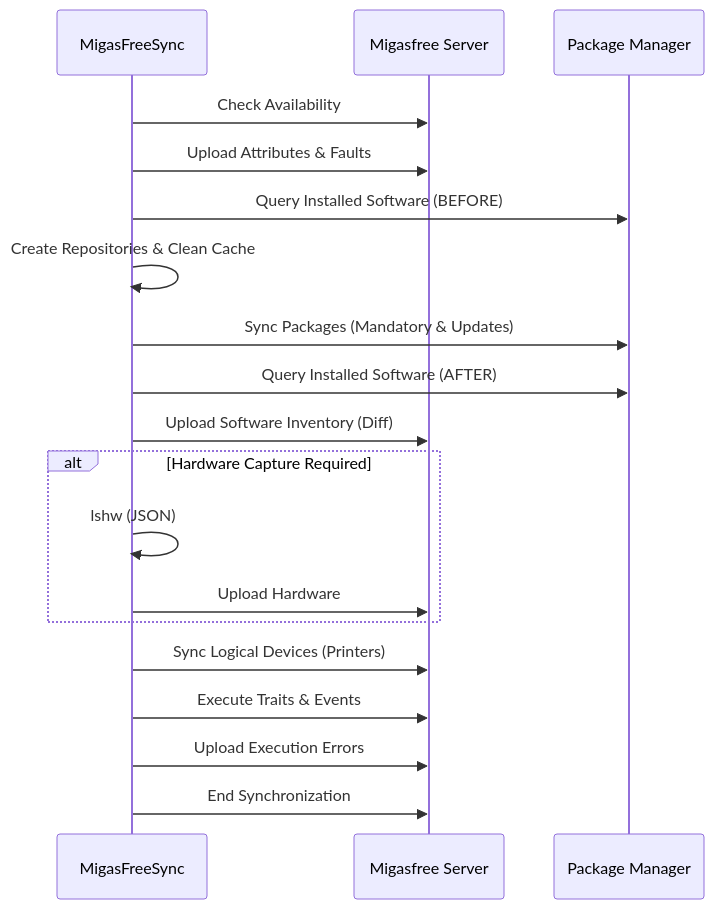
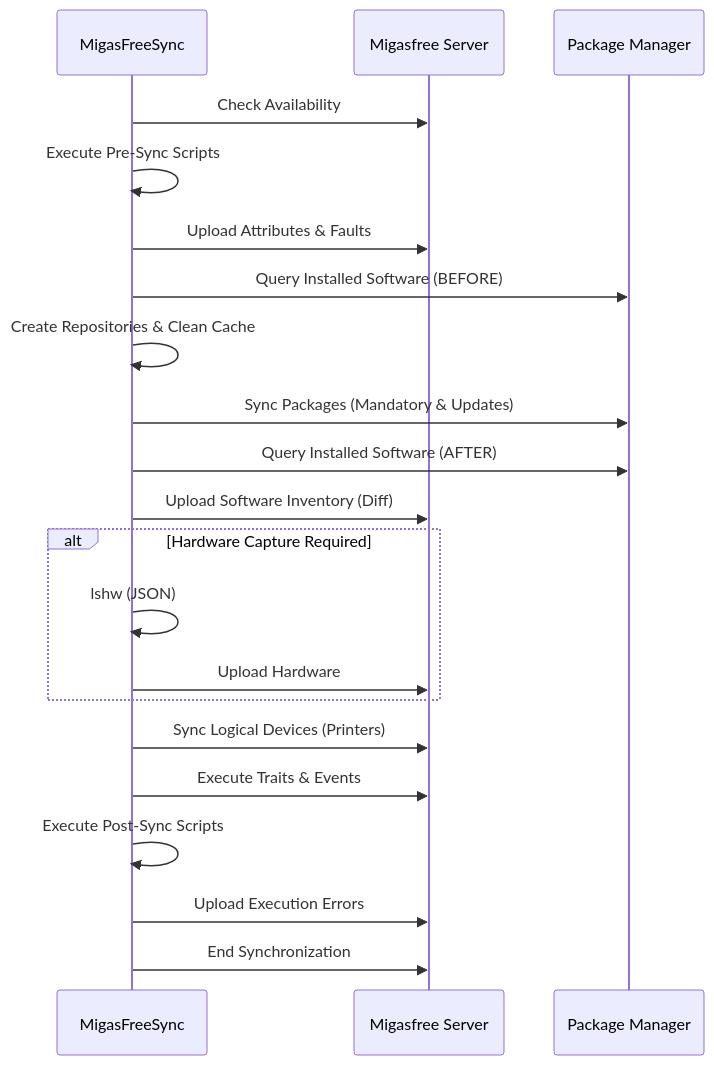
The fourth of 5 diagrams in docs/explanation/architecture.md (migasfree/migasfree-client), drawn with Mermaid before and after one commit. The commit also changed other lines of this file and 4 other files, not shown here.

````diff
--- a/docs/explanation/architecture.md
+++ b/docs/explanation/architecture.md
@@ -112,22 +119,24 @@
 ```mermaid
 sequenceDiagram
     participant Client as MigasFreeSync
     participant Server as Migasfree Server
     participant PMS as Package Manager
 
     Client->>Server: Check Availability
+    Client->>Client: Execute Pre-Sync Scripts
     Client->>Server: Upload Attributes & Faults
     Client->>PMS: Query Installed Software (BEFORE)
     Client->>Client: Create Repositories & Clean Cache
     Client->>PMS: Sync Packages (Mandatory & Updates)
     Client->>PMS: Query Installed Software (AFTER)
     Client->>Server: Upload Software Inventory (Diff)
     alt Hardware Capture Required
         Client->>Client: lshw (JSON)
         Client->>Server: Upload Hardware
     end
     Client->>Server: Sync Logical Devices (Printers)
     Client->>Server: Execute Traits & Events
+    Client->>Client: Execute Post-Sync Scripts
     Client->>Server: Upload Execution Errors
     Client->>Server: End Synchronization
 ```
````
